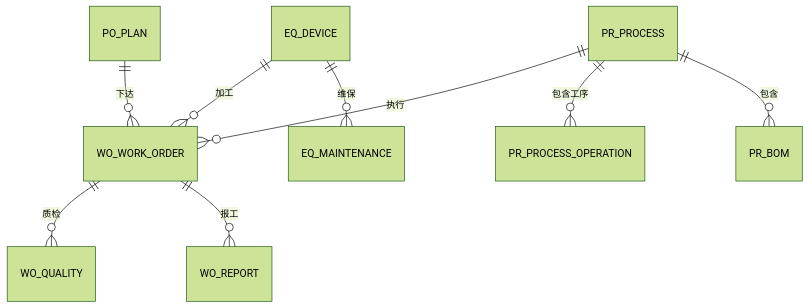
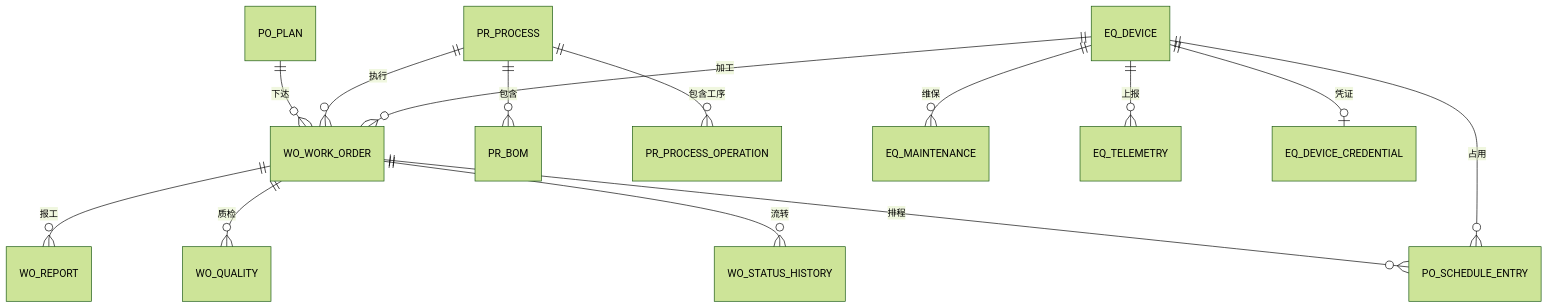
The diagram in docs/DATA-MODEL.md (HH112-ux/Industrial-Application), drawn with Mermaid (forest theme) before and after one commit. The commit also changed other lines of this file and 21 other files, not shown here.

````diff
--- a/docs/DATA-MODEL.md
+++ b/docs/DATA-MODEL.md
@@ -15,11 +15,16 @@
 ```mermaid
 erDiagram
     PO_PLAN ||--o{ WO_WORK_ORDER : "下达"
     WO_WORK_ORDER ||--o{ WO_REPORT : "报工"
     WO_WORK_ORDER ||--o{ WO_QUALITY : "质检"
+    WO_WORK_ORDER ||--o{ WO_STATUS_HISTORY : "流转"
+    WO_WORK_ORDER ||--o{ PO_SCHEDULE_ENTRY : "排程"
+    EQ_DEVICE ||--o{ PO_SCHEDULE_ENTRY : "占用"
     PR_PROCESS ||--o{ PR_BOM : "包含"
     PR_PROCESS ||--o{ PR_PROCESS_OPERATION : "包含工序"
     PR_PROCESS ||--o{ WO_WORK_ORDER : "执行"
     EQ_DEVICE ||--o{ EQ_MAINTENANCE : "维保"
     EQ_DEVICE ||--o{ WO_WORK_ORDER : "加工"
+    EQ_DEVICE ||--o{ EQ_TELEMETRY : "上报"
+    EQ_DEVICE ||--o| EQ_DEVICE_CREDENTIAL : "凭证"
 ```
````
